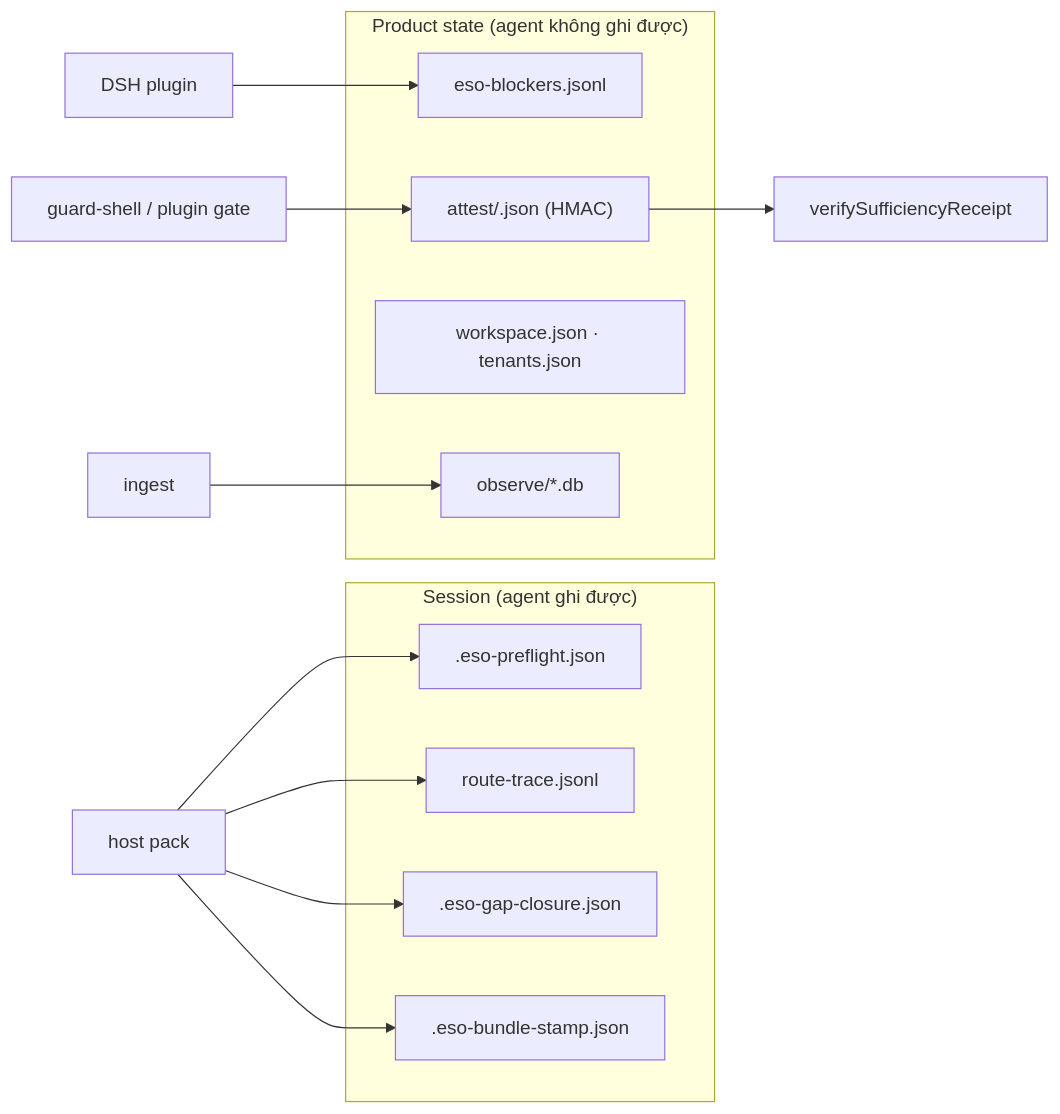
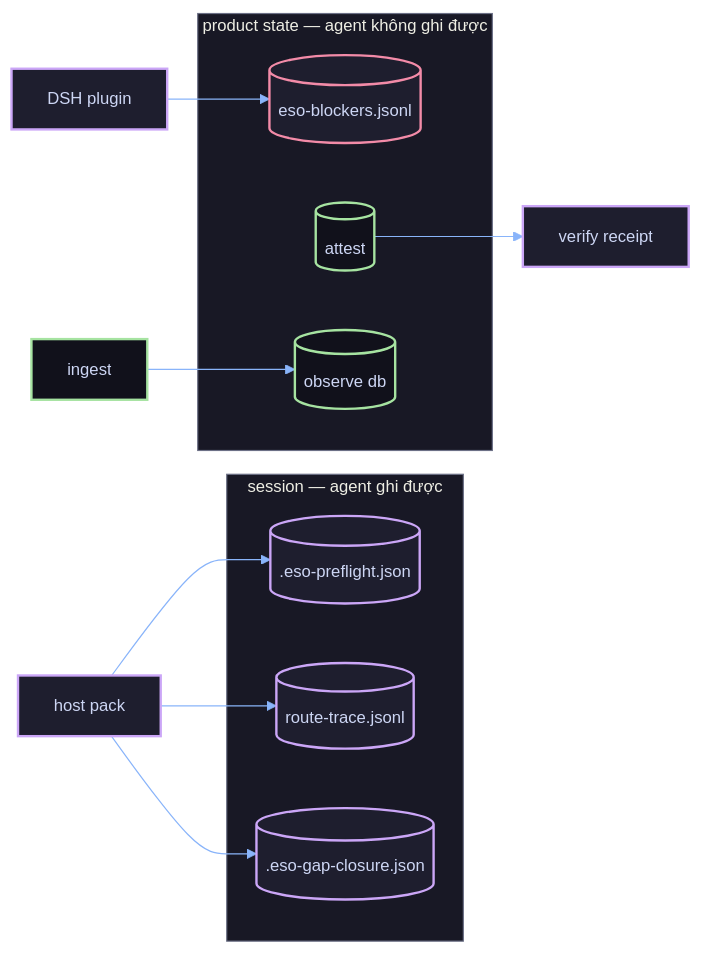
Before and after one commit to thangs2/harness-eso: the seventh of 8 diagrams in documents/07.how-it-works/03.pipelines.md, drawn with Mermaid. The commit also changed other lines of this file and 10 other files, not shown here.

First line of the commit message:
docs: redraw the how-it-works pack under one mermaid standard

````diff
--- a/documents/07.how-it-works/03.pipelines.md
+++ b/documents/07.how-it-works/03.pipelines.md
@@ -133,23 +179,25 @@
 ```mermaid
+%%{init: {"theme": "base", "themeVariables": {"background": "#1e1e2e", "primaryColor": "#313244", "primaryTextColor": "#cdd6f4", "primaryBorderColor": "#cba6f7", "lineColor": "#89b4fa", "secondaryColor": "#181825", "tertiaryColor": "#11111b", "clusterBkg": "#181825", "clusterBorder": "#6c7086", "edgeLabelBackground": "#1e1e2e", "fontSize": "14px", "actorBkg": "#313244", "actorBorder": "#cba6f7", "actorTextColor": "#cdd6f4", "signalColor": "#89b4fa", "signalTextColor": "#cdd6f4", "noteBkgColor": "#313244", "noteTextColor": "#cdd6f4", "noteBorderColor": "#f9e2af"}}}%%
 flowchart LR
-  subgraph SESSION["Session (agent ghi được)"]
-    PF[".eso-preflight.json"]
-    RT["route-trace.jsonl"]
-    GP[".eso-gap-closure.json"]
-    ST[".eso-bundle-stamp.json"]
-  end
-  subgraph PROD["Product state (agent không ghi được)"]
-    BL["eso-blockers.jsonl"]
-    AT["attest/<project>.json (HMAC)"]
-    WS["workspace.json · tenants.json"]
-    DB2["observe/*.db"]
-  end
-  PK["host pack"] --> PF
-  PK --> RT
-  PK --> GP
-  PK --> ST
-  PL["DSH plugin"] --> BL
-  AT --> VER2["verifySufficiencyReceipt"]
-  GS["guard-shell / plugin gate"] --> AT
-  ING2["ingest"] --> DB2
+
+    classDef w fill:#1e1e2e,stroke:#cba6f7,stroke-width:2px,color:#cdd6f4
+    classDef shared fill:#11111b,stroke:#a6e3a1,stroke-width:2px,color:#cdd6f4
+    classDef stop fill:#1e1e2e,stroke:#f38ba8,stroke-width:2px,color:#cdd6f4
+
+    subgraph SESSION ["session — agent ghi được"]
+        PF[(.eso-preflight.json)]:::w
+        RT[(route-trace.jsonl)]:::w
+        GP[(.eso-gap-closure.json)]:::w
+    end
+    subgraph PROD ["product state — agent không ghi được"]
+        BL[(eso-blockers.jsonl)]:::stop
+        AT[(attest)]:::shared
+        DB2[(observe db)]:::shared
+    end
+    PACK[host pack]:::w --> PF
+    PACK --> RT
+    PACK --> GP
+    PLUG[DSH plugin]:::w --> BL
+    AT --> VER[verify receipt]:::w
+    ING[ingest]:::shared --> DB2
 ```
````
